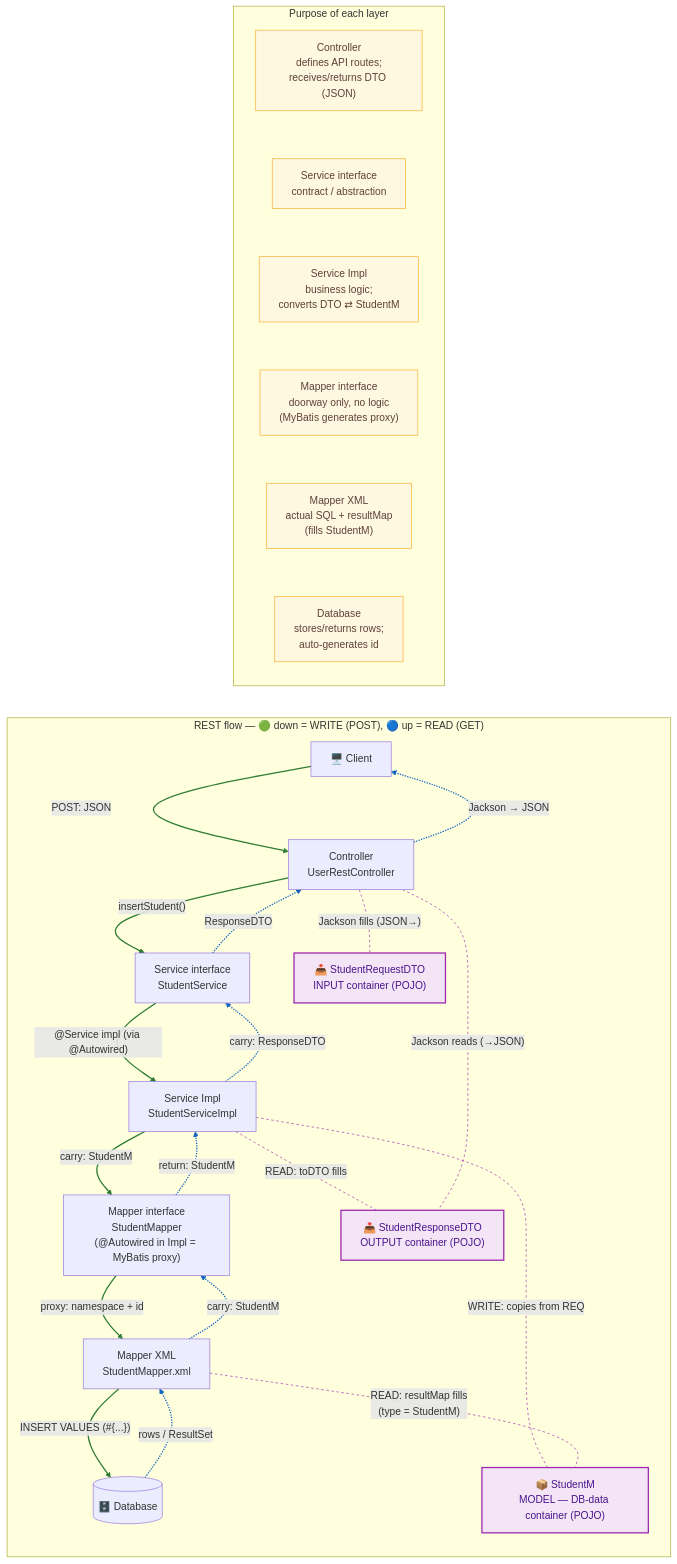
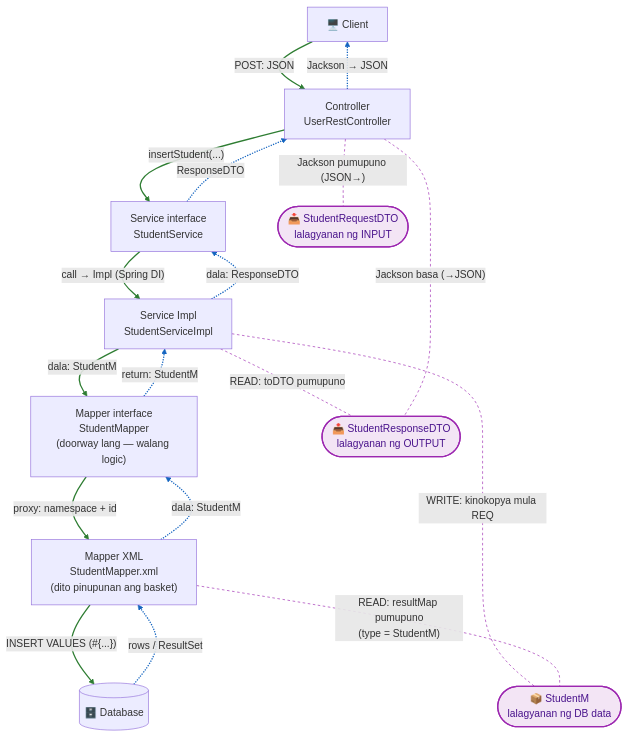
Before and after one commit to raquem-annierose/appdev: the third of 3 diagrams in .github/MYBATIS_DIAGRAM_OPTIONS.md, drawn with Mermaid. The commit also changed other lines of this file and 3 other files, not shown here.

Commit message:
Remove MyBatis flow and diagram options documentation files

````diff
--- a/.github/MYBATIS_DIAGRAM_OPTIONS.md
+++ b/.github/MYBATIS_DIAGRAM_OPTIONS.md
@@ -82,61 +81,45 @@
 ```mermaid
-flowchart LR
-    subgraph FLOW["REST flow — 🟢 down = WRITE (POST), 🔵 up = READ (GET)"]
-        direction TB
-        UI["🖥️ Client"]
-        C["Controller<br/>UserRestController"]
-        S["Service interface<br/>StudentService"]
-        I["Service Impl<br/>StudentServiceImpl"]
-        M["Mapper interface<br/>StudentMapper<br/>(@Autowired in Impl = MyBatis proxy)"]
-        X["Mapper XML<br/>StudentMapper.xml"]
-        DB[("🗄️ Database")]
+flowchart TD
+    UI["🖥️ Client"]
+    C["Controller<br/>UserRestController"]
+    S["Service interface<br/>StudentService"]
+    I["Service Impl<br/>StudentServiceImpl"]
+    M["Mapper interface<br/>StudentMapper<br/>(doorway lang — walang logic)"]
+    X["Mapper XML<br/>StudentMapper.xml<br/>(dito pinupunan ang basket)"]
+    DB[("🗄️ Database")]
 
-        %% --- CONTAINERS / templates (POJO) ---
-        REQ["📥 StudentRequestDTO<br/>INPUT container (POJO)"]
-        SM["📦 StudentM<br/>MODEL — DB-data container (POJO)"]
-        RES["📤 StudentResponseDTO<br/>OUTPUT container (POJO)"]
+    %% --- mga LALAGYANAN / template (POJO) ---
+    REQ(["📥 StudentRequestDTO<br/>lalagyanan ng INPUT"])
+    SM(["📦 StudentM<br/>lalagyanan ng DB data"])
+    RES(["📤 StudentResponseDTO<br/>lalagyanan ng OUTPUT"])
 
-        %% WRITE path (down) — index 0-5
-        UI -->|"POST: JSON"| C
-        C -->|"insertStudent()"| S
-        S -->|"@Service impl (via @Autowired)"| I
-        I -->|"carry: StudentM"| M
-        M -->|"proxy: namespace + id"| X
-        X -->|"INSERT VALUES (#{...})"| DB
+    %% WRITE path (pababa) — index 0-5
+    UI -->|"POST: JSON"| C
+    C -->|"insertStudent(...)"| S
+    S -->|"call → Impl (Spring DI)"| I
+    I -->|"dala: StudentM"| M
+    M -->|"proxy: namespace + id"| X
+    X -->|"INSERT VALUES (#{...})"| DB
 
-        %% READ path (up) — index 6-11
-        DB -.->|"rows / ResultSet"| X
-        X -.->|"carry: StudentM"| M
-        M -.->|"return: StudentM"| I
-        I -.->|"carry: ResponseDTO"| S
-        S -.->|"ResponseDTO"| C
-        C -.->|"Jackson → JSON"| UI
+    %% READ path (paakyat) — index 6-11
+    DB -.->|"rows / ResultSet"| X
+    X -.->|"dala: StudentM"| M
+    M -.->|"return: StudentM"| I
+    I -.->|"dala: ResponseDTO"| S
+    S -.->|"ResponseDTO"| C
+    C -.->|"Jackson → JSON"| UI
 
-        %% where each container is FILLED — index 12-16
-        C -. "Jackson fills (JSON→)" .- REQ
-        I -. "WRITE: copies from REQ" .- SM
-        X -. "READ: resultMap fills<br/>(type = StudentM)" .- SM
-        I -. "READ: toDTO fills" .- RES
-        C -. "Jackson reads (→JSON)" .- RES
-    end
-
-    subgraph PURPOSE["Purpose of each layer"]
-        direction TB
-        PC["Controller<br/>defines API routes;<br/>receives/returns DTO (JSON)"]
-        PS["Service interface<br/>contract / abstraction"]
-        PI["Service Impl<br/>business logic;<br/>converts DTO ⇄ StudentM"]
-        PM["Mapper interface<br/>doorway only, no logic<br/>(MyBatis generates proxy)"]
-        PX["Mapper XML<br/>actual SQL + resultMap<br/>(fills StudentM)"]
-        PDB["Database<br/>stores/returns rows;<br/>auto-generates id"]
-        PC ~~~ PS ~~~ PI ~~~ PM ~~~ PX ~~~ PDB
-    end
+    %% --- saan PINUPUNAN ang bawat lalagyanan (index 12-16) ---
+    C -. "Jackson pumupuno (JSON→)" .- REQ
+    I -. "WRITE: kinokopya mula REQ" .- SM
+    X -. "READ: resultMap pumupuno<br/>(type = StudentM)" .- SM
+    I -. "READ: toDTO pumupuno" .- RES
+    C -. "Jackson basa (→JSON)" .- RES
 
     classDef basket fill:#f3e5f5,stroke:#9c27b0,stroke-width:2px,color:#4a148c;
     class REQ,SM,RES basket;
-    classDef purpose fill:#fff8e1,stroke:#f9a825,color:#5d4037;
-    class PC,PS,PI,PM,PX,PDB purpose;
 
     linkStyle 0,1,2,3,4,5 stroke:#2e7d32,stroke-width:2px
     linkStyle 6,7,8,9,10,11 stroke:#1565c0,stroke-width:2px
     linkStyle 12,13,14,15,16 stroke:#9c27b0,stroke-width:1px,stroke-dasharray:4
 ```
````
